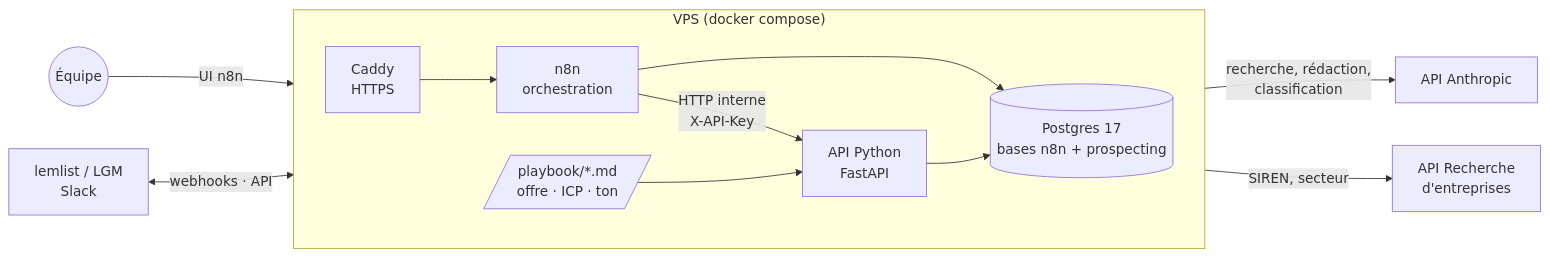
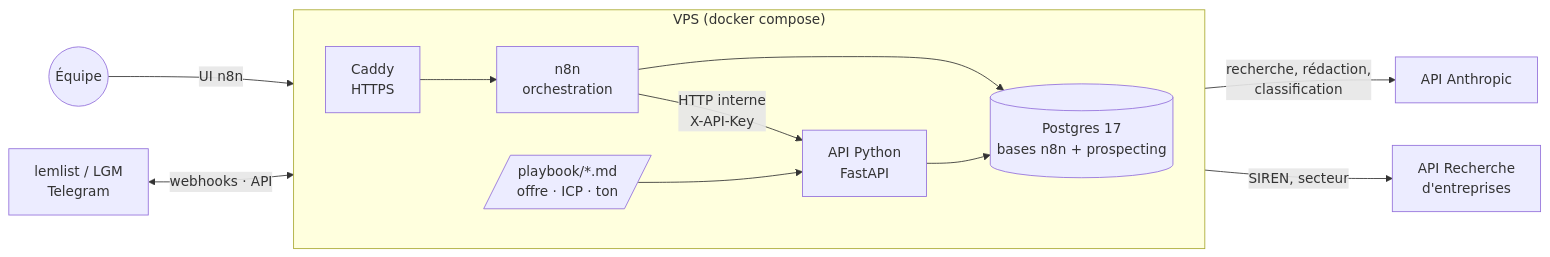
The first of 3 diagrams in docs/ARCHITECTURE.md (lboitel/prospecting-agent), drawn with Mermaid before and after one commit. The commit also changed other lines of this file and 11 other files, not shown here.

````diff
--- a/docs/ARCHITECTURE.md
+++ b/docs/ARCHITECTURE.md
@@ -51,21 +51,21 @@
 ```mermaid
 flowchart LR
     subgraph VPS["VPS (docker compose)"]
         direction LR
         Caddy["Caddy<br/>HTTPS"]
         n8n["n8n<br/>orchestration"]
         API["API Python<br/>FastAPI"]
         PG[("Postgres 17<br/>bases n8n + prospecting")]
         PB[/"playbook/*.md<br/>offre · ICP · ton"/]
     end
 
     User(("Équipe")) -->|UI n8n| Caddy
-    Tools["lemlist / LGM<br/>Slack"] <-->|webhooks · API| Caddy
+    Tools["lemlist / LGM<br/>Telegram"] <-->|webhooks · API| Caddy
     Caddy --> n8n
     n8n -->|HTTP interne<br/>X-API-Key| API
     n8n --> PG
     API --> PG
     PB --> API
     API -->|recherche, rédaction,<br/>classification| Claude["API Anthropic"]
     API -->|SIREN, secteur| Sirene["API Recherche<br/>d'entreprises"]
 ```
````
